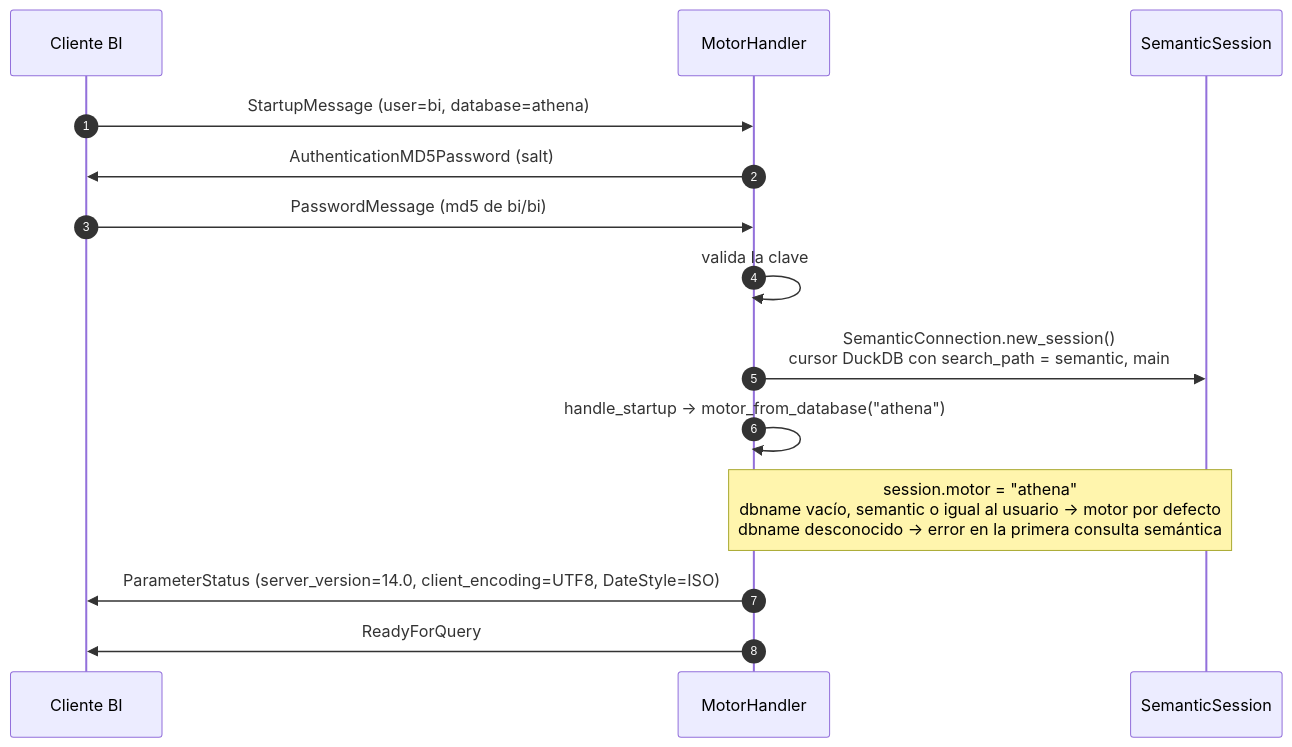
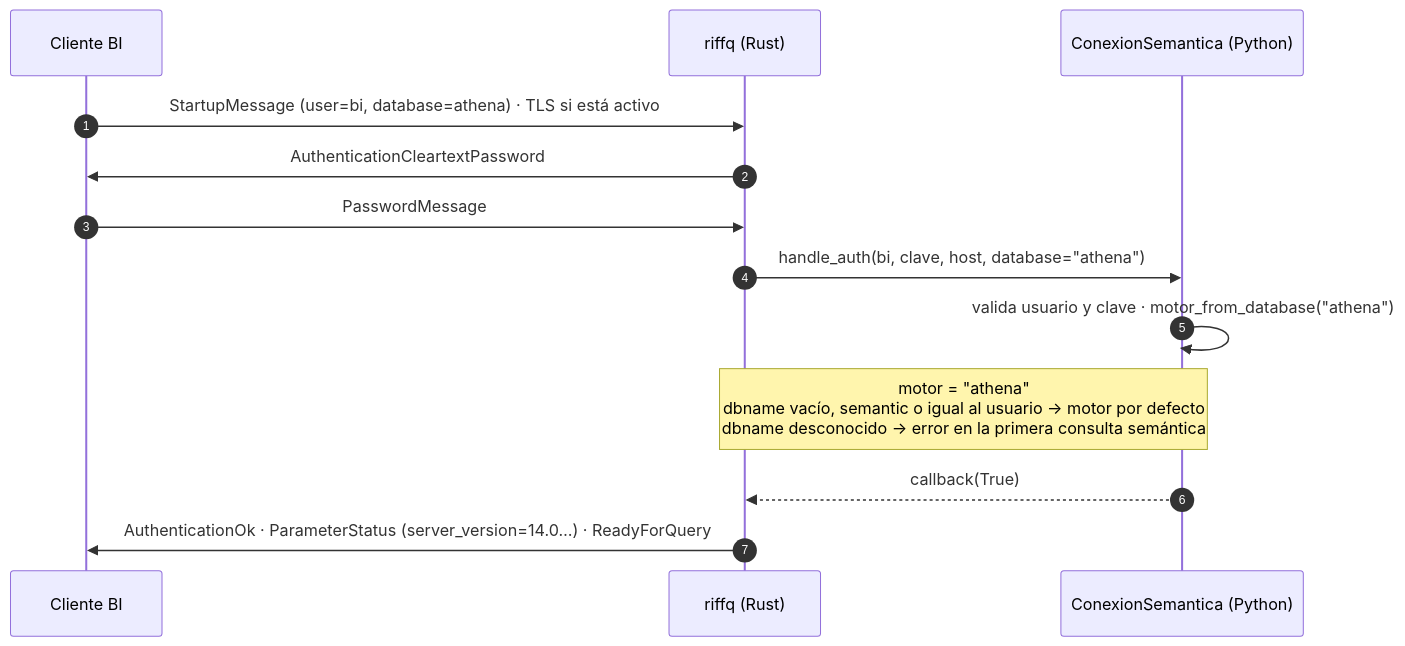
The third of 8 diagrams in docs/arquitectura_gateway.md (Rodarami/dbt-semantic-layer), drawn with Mermaid before and after one commit. The commit also changed other lines of this file and 24 other files, not shown here.

````diff
--- a/docs/arquitectura_gateway.md
+++ b/docs/arquitectura_gateway.md
@@ -183,16 +189,15 @@
 ```mermaid
 sequenceDiagram
     autonumber
     participant C as Cliente BI
-    participant H as MotorHandler
-    participant S as SemanticSession
-    C->>H: StartupMessage (user=bi, database=athena)
-    H->>C: AuthenticationMD5Password (salt)
-    C->>H: PasswordMessage (md5 de bi/bi)
-    H->>H: valida la clave
-    H->>S: SemanticConnection.new_session()<br/>cursor DuckDB con search_path = semantic, main
-    H->>H: handle_startup → motor_from_database("athena")
-    Note over H,S: session.motor = "athena"<br/>dbname vacío, semantic o igual al usuario → motor por defecto<br/>dbname desconocido → error en la primera consulta semántica
-    H->>C: ParameterStatus (server_version=14.0, client_encoding=UTF8, DateStyle=ISO)
-    H->>C: ReadyForQuery
+    participant R as riffq (Rust)
+    participant P as ConexionSemantica (Python)
+    C->>R: StartupMessage (user=bi, database=athena) · TLS si está activo
+    R->>C: AuthenticationCleartextPassword
+    C->>R: PasswordMessage
+    R->>P: handle_auth(bi, clave, host, database="athena")
+    P->>P: valida usuario y clave · motor_from_database("athena")
+    Note over R,P: motor = "athena"<br/>dbname vacío, semantic o igual al usuario → motor por defecto<br/>dbname desconocido → error en la primera consulta semántica
+    P-->>R: callback(True)
+    R->>C: AuthenticationOk · ParameterStatus (server_version=14.0…) · ReadyForQuery
 ```
````
